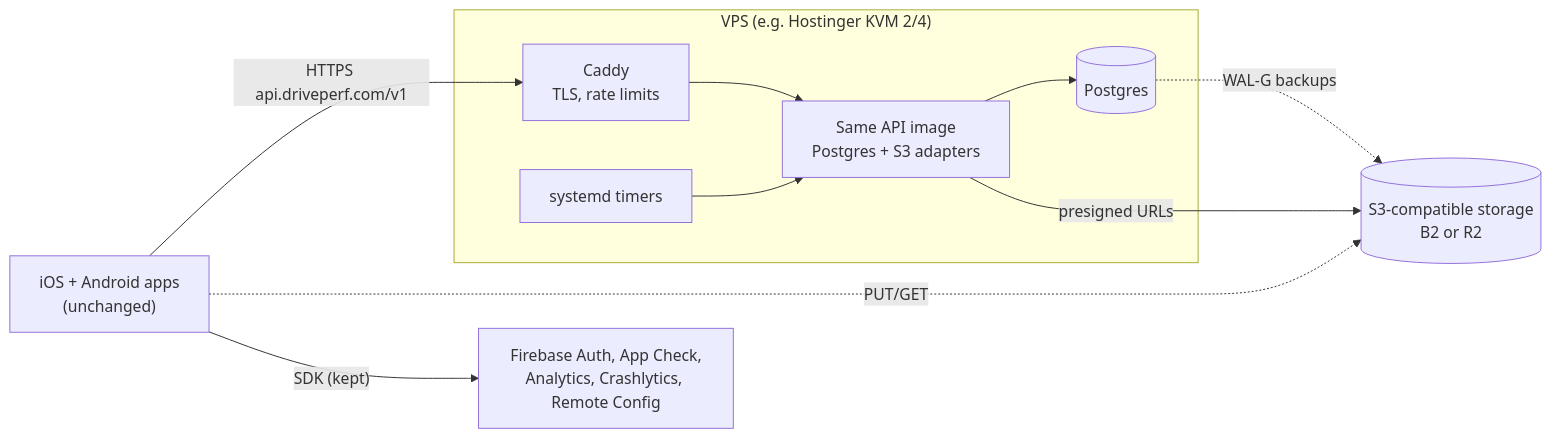
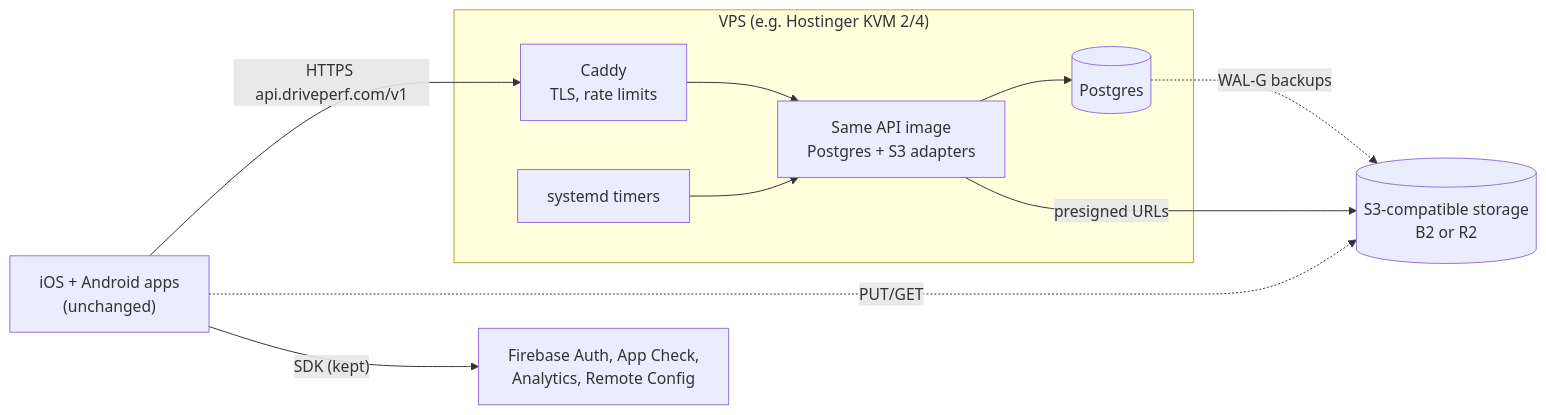
Before and after one commit to theKeval/DrivePerf: the third of 5 diagrams in docs/architecture/overview.md, drawn with Mermaid. The commit also changed other lines of this file and 29 other files, not shown here.

First line of the commit message:
DRIVE-46: Firebase Analytics + Sentry for crash reports (Gate 4)

````diff
--- a/docs/architecture/overview.md
+++ b/docs/architecture/overview.md
@@ -109,13 +109,13 @@
 ```mermaid
 flowchart LR
     apps["iOS + Android apps<br/>(unchanged)"] -->|"HTTPS api.driveperf.com/v1"| caddy
     subgraph vps["VPS (e.g. Hostinger KVM 2/4)"]
         caddy["Caddy<br/>TLS, rate limits"] --> api2["Same API image<br/>Postgres + S3 adapters"]
         api2 --> pg[("Postgres")]
         timers["systemd timers"] --> api2
     end
     api2 -->|"presigned URLs"| s3[("S3-compatible storage<br/>B2 or R2")]
     apps -.->|"PUT/GET"| s3
-    apps -->|"SDK (kept)"| fbkeep["Firebase Auth, App Check,<br/>Analytics, Crashlytics, Remote Config"]
+    apps -->|"SDK (kept)"| fbkeep["Firebase Auth, App Check,<br/>Analytics, Remote Config"]
     pg -.->|"WAL-G backups"| s3
 ```
````
